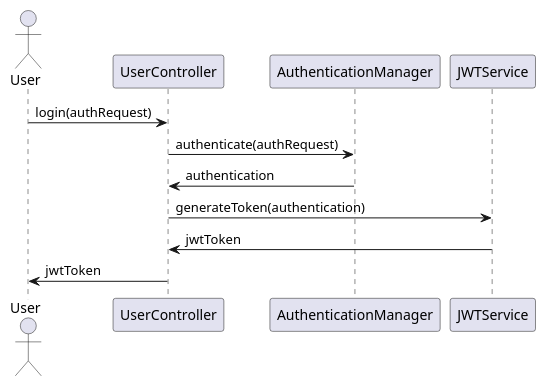
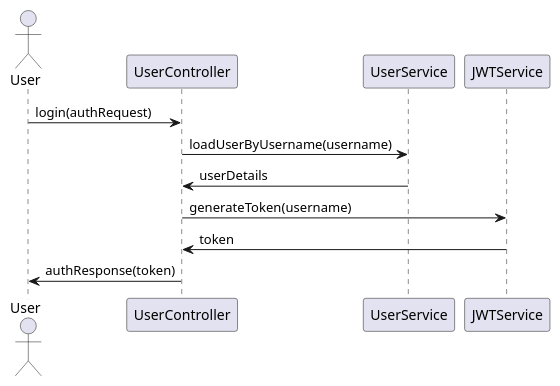
The second of 5 diagrams in identityprovider/documentation/detaileddesign.adoc (Dinesh-s95/AutoDoc.ai), drawn with PlantUML before and after one commit. The commit also changed other lines of this file and 2 other files, not shown here.

````diff
--- a/identityprovider/documentation/detaileddesign.adoc
+++ b/identityprovider/documentation/detaileddesign.adoc
@@ -148,16 +192,15 @@
-[plantuml, authentication-sequence, png]
-----
+```plantuml
 @startuml
-actor User
-participant UserController
-participant AuthenticationManager
-participant JWTService
+actor "User" as user
+participant "UserController" as controller
+participant "UserService" as service
+participant "JWTService" as jwt
 
-User -> UserController : login(authRequest)
-UserController -> AuthenticationManager : authenticate(authRequest)
-AuthenticationManager -> UserController : authentication
-UserController -> JWTService : generateToken(authentication)
-JWTService -> UserController : jwtToken
-UserController -> User : jwtToken
+user -> controller : login(authRequest)
+controller -> service : loadUserByUsername(username)
+service -> controller : userDetails
+controller -> jwt : generateToken(username)
+jwt -> controller : token
+controller -> user : authResponse(token)
 @enduml
-----
+```
````
